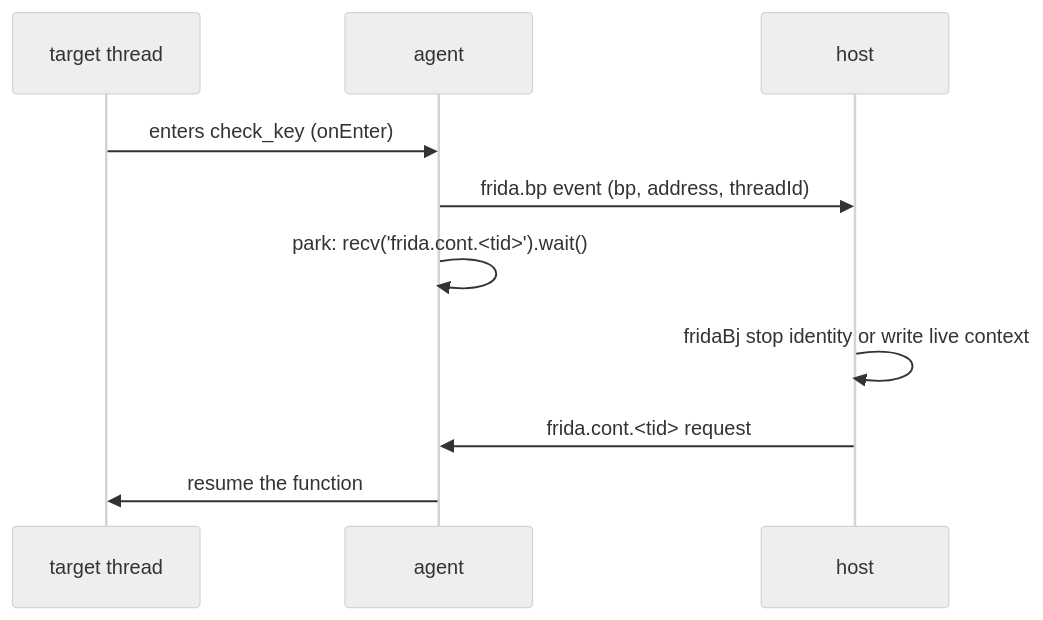
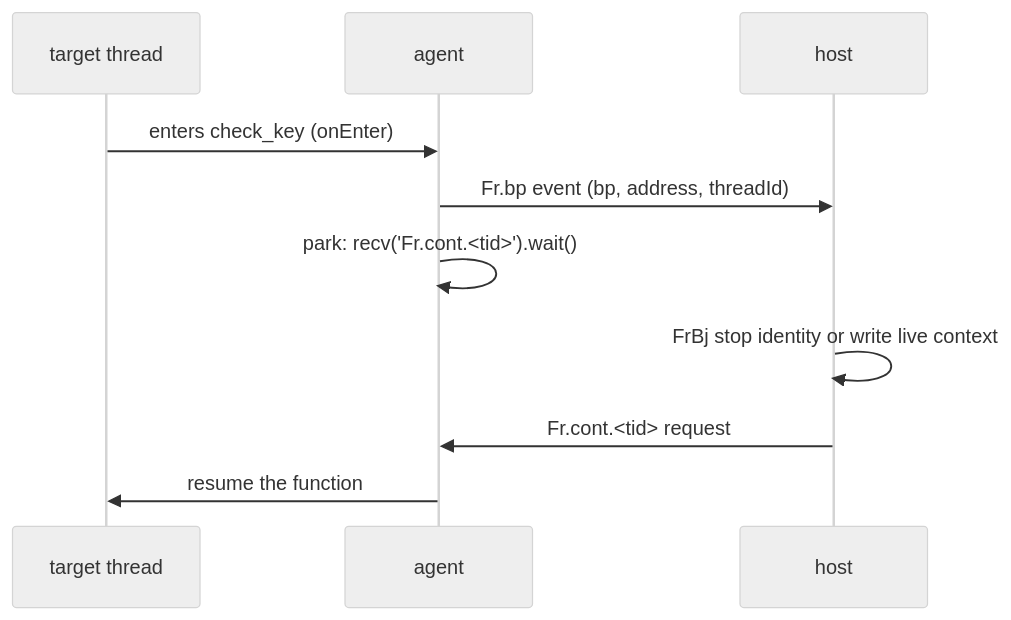
The diagram in docs/native_journey/breaking_on_check.qmd (rizinorg/rz-frida), drawn with Mermaid (neutral theme) before and after one commit. The commit also changed other lines of this file and 53 other files, not shown here.

````diff
--- a/docs/native_journey/breaking_on_check.qmd
+++ b/docs/native_journey/breaking_on_check.qmd
@@ -70,12 +70,12 @@
 ```{mermaid}
 sequenceDiagram
     participant T as target thread
     participant A as agent
     participant H as host
     T->>A: enters check_key (onEnter)
-    A->>H: frida.bp event (bp, address, threadId)
-    A->>A: park: recv('frida.cont.<tid>').wait()
-    H->>H: fridaBj stop identity or write live context
-    H->>A: frida.cont.<tid> request
+    A->>H: Fr.bp event (bp, address, threadId)
+    A->>A: park: recv('Fr.cont.<tid>').wait()
+    H->>H: FrBj stop identity or write live context
+    H->>A: Fr.cont.<tid> request
     A->>T: resume the function
 ```
````
